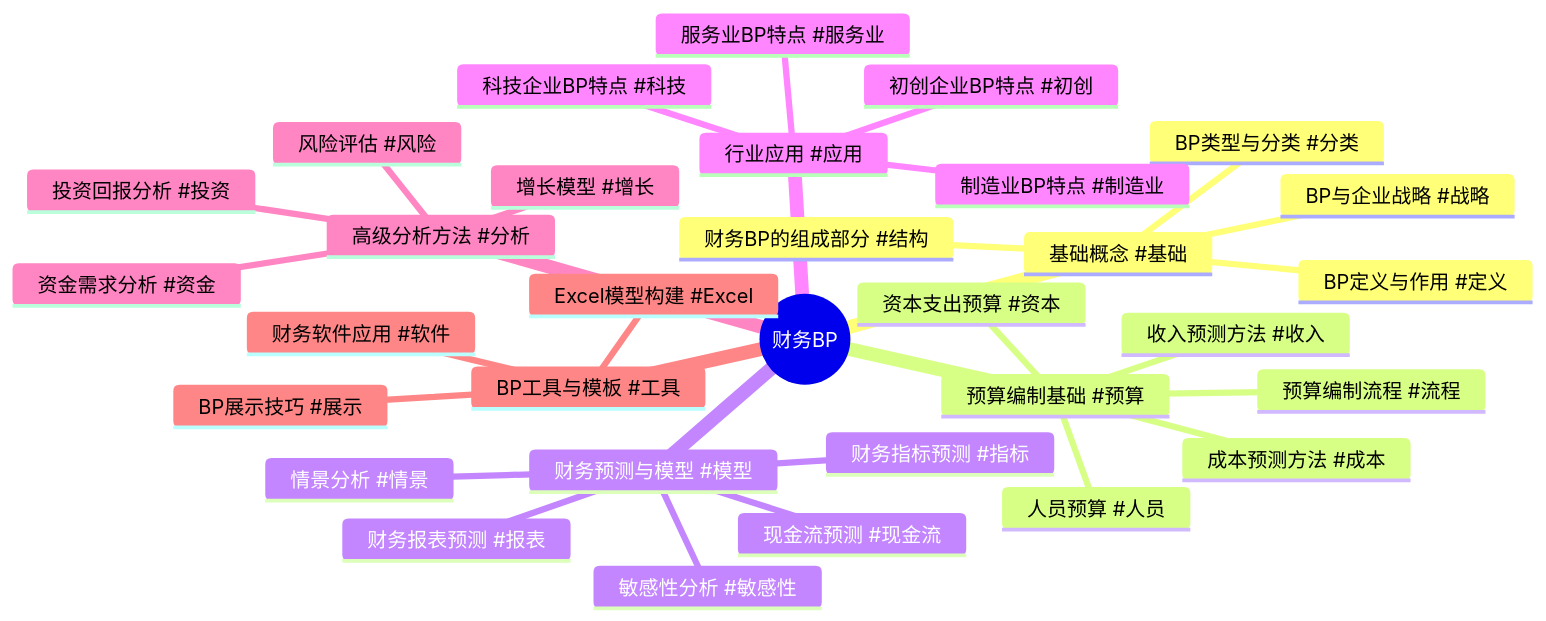
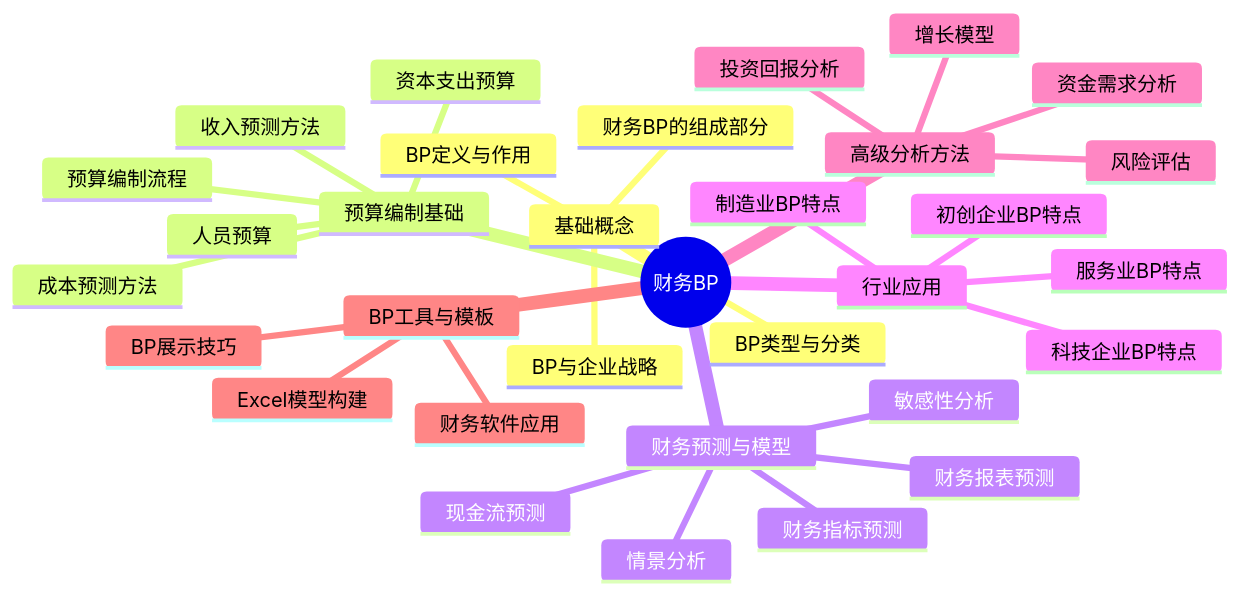
Before and after one commit to amcoimg/my-digital-garden: the first of 4 diagrams in src/site/notes/知识共享/001_财务/01_财务BP/目录.md, drawn with Mermaid. The commit also changed 1 other file, not shown here.

Commit message:
Published multiple files

````diff
--- a/src/site/notes/知识共享/001_财务/01_财务BP/目录.md
+++ b/src/site/notes/知识共享/001_财务/01_财务BP/目录.md
@@ -11,36 +11,36 @@
 ```mermaid
 %%{init: {'theme': 'base', 'themeVariables': { 'primaryColor': '#1a5e63', 'fontFamily': '"Microsoft YaHei", "微软雅黑", "SimHei", "黑体", sans-serif', 'fontSize': '20px', 'primaryBorderColor': '#000000', 'lineColor': '#000000', 'primaryTextColor': '#ffffff', 'secondaryColor': '#2d5277', 'tertiaryColor': '#19324c', 'nodeBorder': '#000000', 'clusterBkg': '#283747', 'clusterBorder': '#000000', 'titleColor': '#ffffff', 'edgeLabelBackground': '#e8e8e8'}}}%%
 mindmap
   root((财务BP))
-    基础概念 #基础
-      BP定义与作用 #定义
-      BP类型与分类 #分类
-      BP与企业战略 #战略
-      财务BP的组成部分 #结构
-    预算编制基础 #预算
-      预算编制流程 #流程
-      收入预测方法 #收入
-      成本预测方法 #成本
-      资本支出预算 #资本
-      人员预算 #人员
-    财务预测与模型 #模型
-      财务报表预测 #报表
-      现金流预测 #现金流
-      敏感性分析 #敏感性
-      情景分析 #情景
-      财务指标预测 #指标
-    行业应用 #应用
-      制造业BP特点 #制造业
-      服务业BP特点 #服务业
-      科技企业BP特点 #科技
-      初创企业BP特点 #初创
-    高级分析方法 #分析
-      投资回报分析 #投资
-      资金需求分析 #资金
-      风险评估 #风险
-      增长模型 #增长
-    BP工具与模板 #工具
-      Excel模型构建 #Excel
-      财务软件应用 #软件
-      BP展示技巧 #展示
+    基础概念
+      BP定义与作用
+      BP类型与分类
+      BP与企业战略
+      财务BP的组成部分
+    预算编制基础
+      预算编制流程
+      收入预测方法
+      成本预测方法
+      资本支出预算
+      人员预算
+    财务预测与模型
+      财务报表预测
+      现金流预测
+      敏感性分析
+      情景分析
+      财务指标预测
+    行业应用
+      制造业BP特点
+      服务业BP特点
+      科技企业BP特点
+      初创企业BP特点
+    高级分析方法
+      投资回报分析
+      资金需求分析
+      风险评估
+      增长模型
+    BP工具与模板
+      Excel模型构建
+      财务软件应用
+      BP展示技巧
 ```
````
